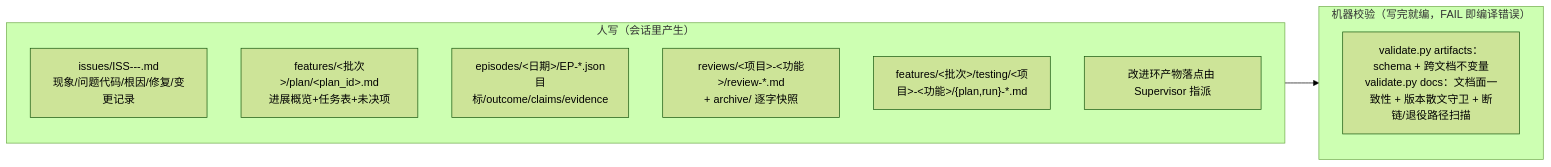
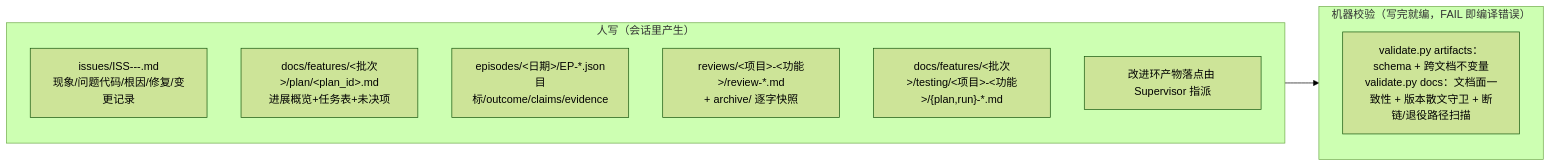
The fifth of 5 diagrams in docs/system-guide.md (Ganseblum/agentflows), drawn with Mermaid (forest theme) before and after one commit. The commit also changed other lines of this file and 41 other files, not shown here.

````diff
--- a/docs/system-guide.md
+++ b/docs/system-guide.md
@@ -189,15 +189,15 @@
 ```mermaid
 flowchart LR
     subgraph WRITTEN["人写（会话里产生）"]
         B["issues/ISS-<YYYY>-<NNN>-<slug>.md<br/>现象/问题代码/根因/修复/变更记录"]
-        P["features/&lt;批次&gt;/plan/&lt;plan_id&gt;.md<br/>进展概览+任务表+未决项"]
+        P["docs/features/&lt;批次&gt;/plan/&lt;plan_id&gt;.md<br/>进展概览+任务表+未决项"]
         E["episodes/<日期>/EP-*.json<br/>目标/outcome/claims/evidence"]
         RV["reviews/<项目>-<功能>/review-*.md<br/>+ archive/ 逐字快照"]
-        T["features/<批次>/testing/<项目>-<功能>/{plan,run}-*.md"]
+        T["docs/features/<批次>/testing/<项目>-<功能>/{plan,run}-*.md"]
         I["改进环产物落点由 Supervisor 指派"]
     end
     subgraph COMPILED["机器校验（写完就编，FAIL 即编译错误）"]
         V["validate.py artifacts：schema + 跨文档不变量<br/>validate.py docs：文档面一致性 + 版本散文守卫 + 断链/退役路径扫描"]
     end
     WRITTEN --> COMPILED
 ```
````
